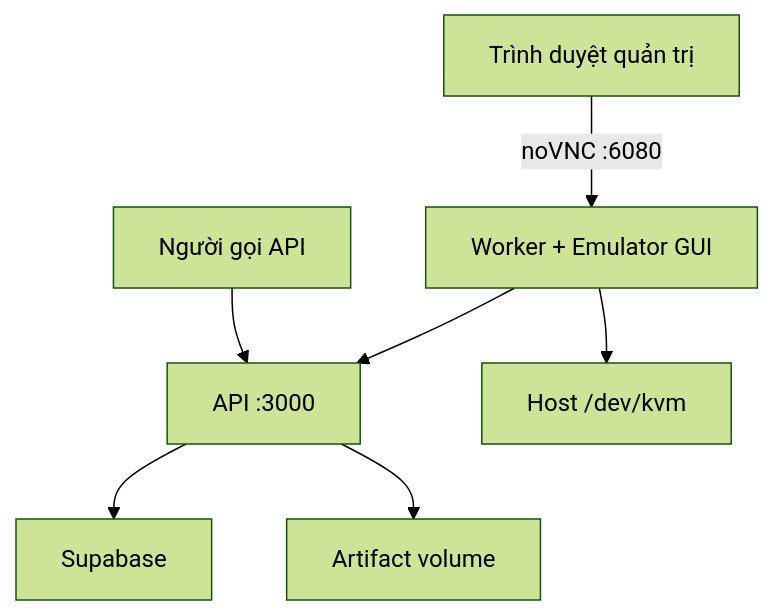
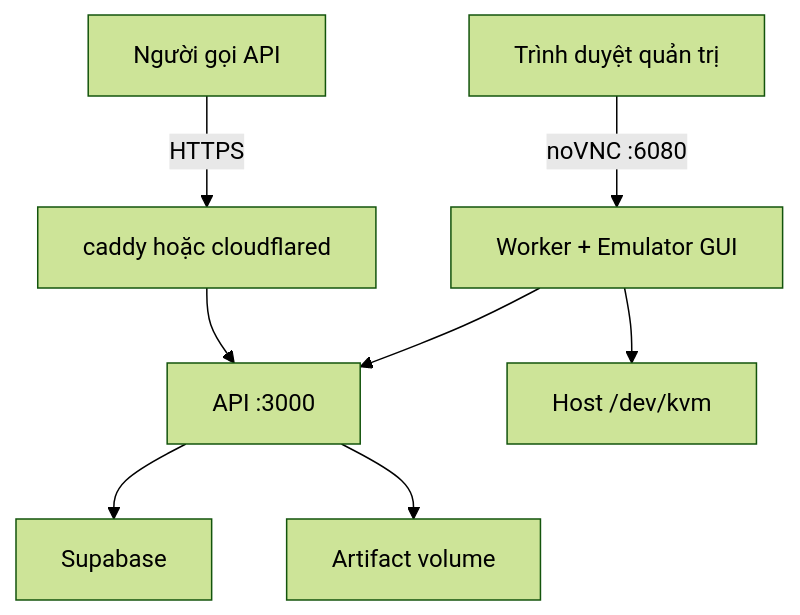
The diagram in new_setup/vps_deploy.md (daclong120-del/app-relay), drawn with Mermaid (forest theme) before and after one commit. The commit also changed other lines of this file and 4 other files, not shown here.

````diff
--- a/new_setup/vps_deploy.md
+++ b/new_setup/vps_deploy.md
@@ -56,9 +62,10 @@
 ```mermaid
 flowchart TD
-    U["Người gọi API"] --> A["API :3000"]
+    U["Người gọi API"] -->|"HTTPS"| E["caddy hoặc cloudflared"]
+    E --> A["API :3000"]
     W["Worker + Emulator GUI"] --> A
     W --> K["Host /dev/kvm"]
     A --> S["Supabase"]
     A --> F["Artifact volume"]
     B["Trình duyệt quản trị"] -->|"noVNC :6080"| W
 ```
````
